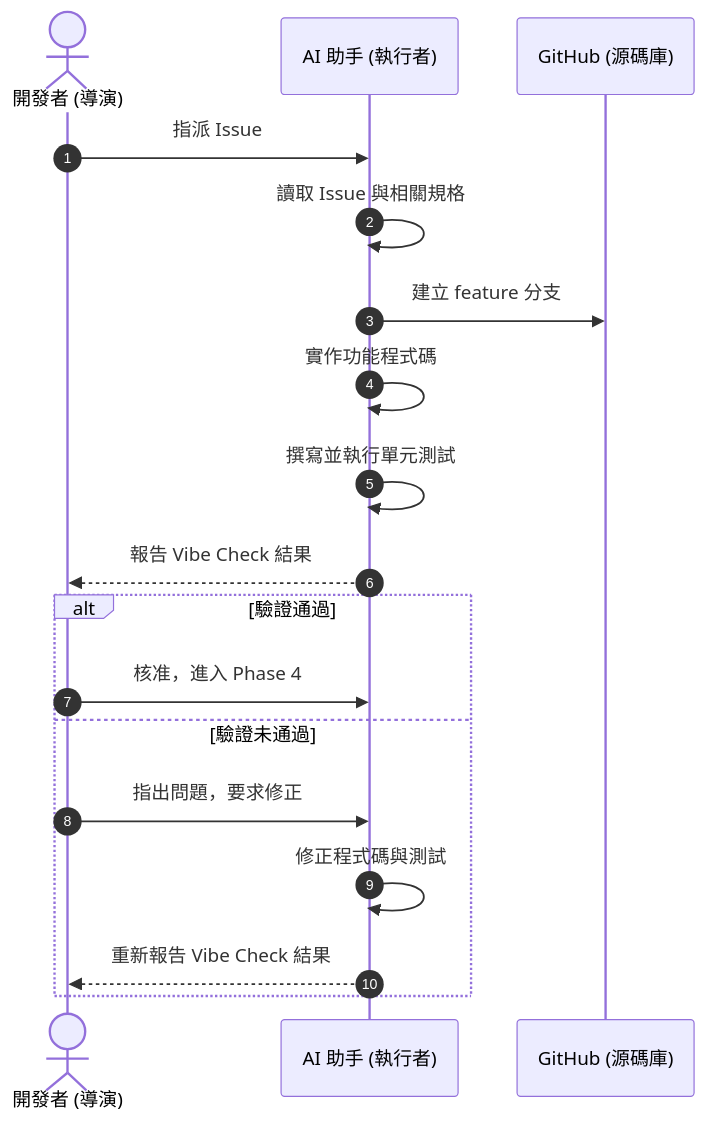
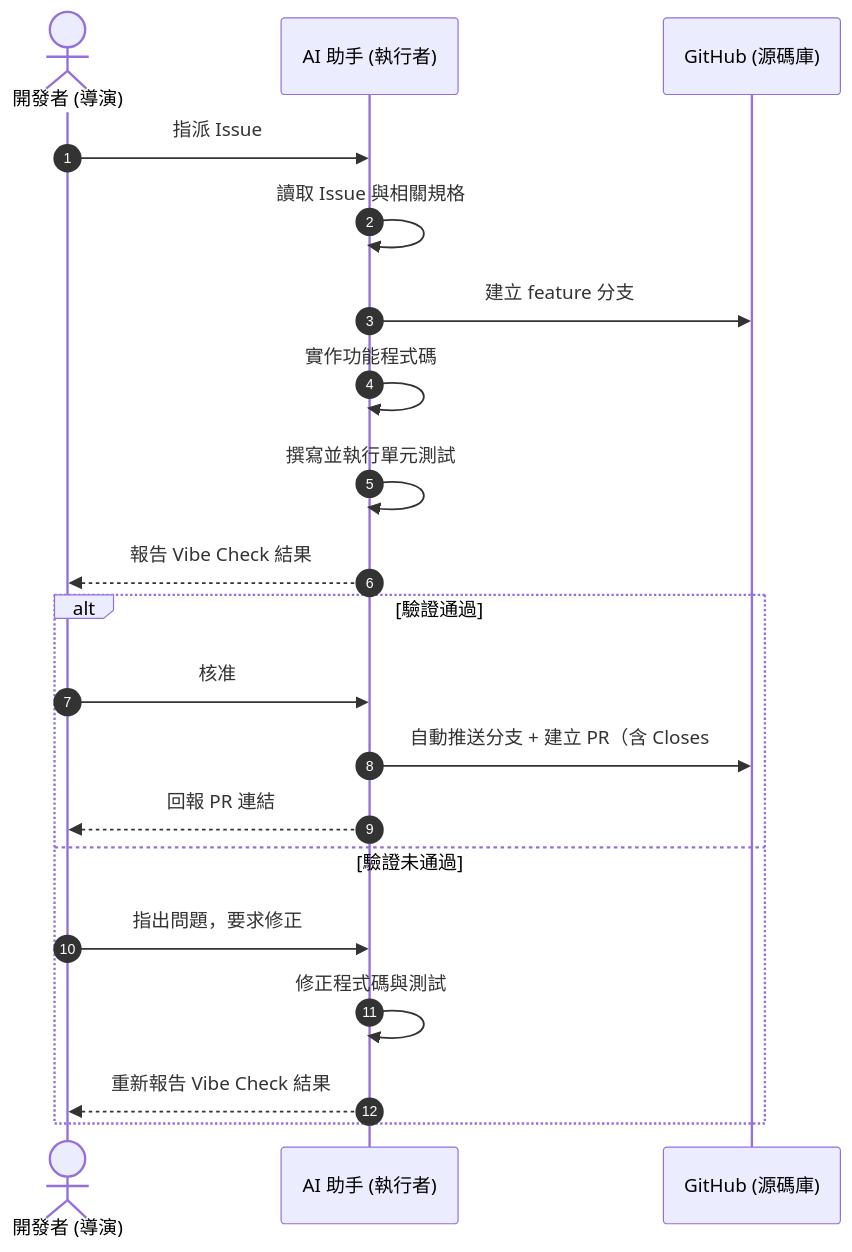
One commit to robin-li/Vibe-SDLC changed the second of 2 diagrams in Vibe-SDLC.md. Above: the diagram before and after it, drawn with Mermaid. The commit also changed other lines of this file and 10 other files, not shown here.

````diff
--- a/Vibe-SDLC.md
+++ b/Vibe-SDLC.md
@@ -380,22 +470,24 @@
 ```mermaid
 sequenceDiagram
     autonumber
     actor Dev as 開發者 (導演)
     participant AI as AI 助手 (執行者)
     participant GH as GitHub (源碼庫)
 
     Dev->>AI: 指派 Issue #N
     AI->>AI: 讀取 Issue 與相關規格
     AI->>GH: 建立 feature 分支
     AI->>AI: 實作功能程式碼
     AI->>AI: 撰寫並執行單元測試
     AI-->>Dev: 報告 Vibe Check 結果
 
     alt 驗證通過
-        Dev->>AI: 核准，進入 Phase 4
+        Dev->>AI: 核准
+        AI->>GH: 自動推送分支 + 建立 PR（含 Closes #N）
+        AI-->>Dev: 回報 PR 連結
     else 驗證未通過
         Dev->>AI: 指出問題，要求修正
         AI->>AI: 修正程式碼與測試
         AI-->>Dev: 重新報告 Vibe Check 結果
     end
 ```
````
